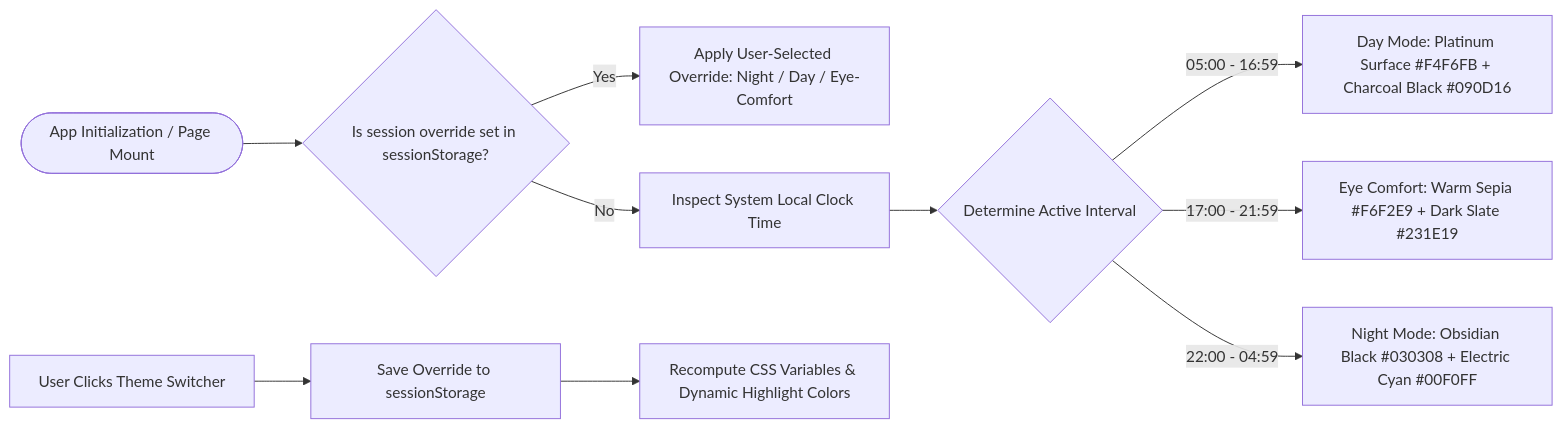
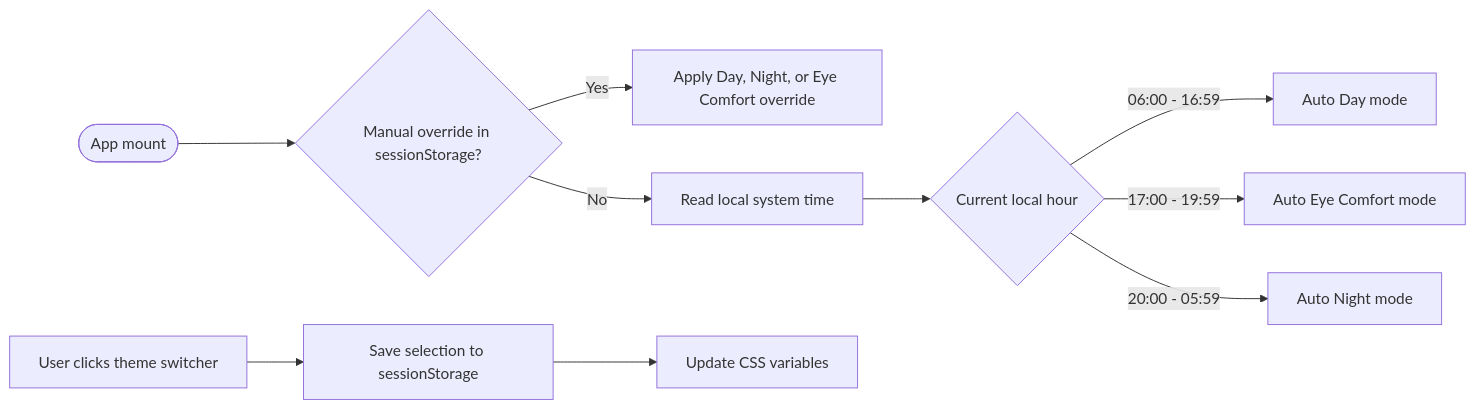
Before and after one commit to mauryasomkumar-pixel/somotoz: the third of 7 diagrams in README.md, drawn with Mermaid. The commit also changed other lines of this file and 12 other files, not shown here.

````diff
--- a/README.md
+++ b/README.md
@@ -149,15 +144,15 @@
 ```mermaid
 flowchart LR
-    Init([App Initialization / Page Mount]) --> CheckSession{Is session override set in sessionStorage?}
-    
-    CheckSession -- Yes --> ApplyManual[Apply User-Selected Override: Night / Day / Eye-Comfort]
-    CheckSession -- No --> ReadClock[Inspect System Local Clock Time]
-    
-    ReadClock --> TimeDecision{Determine Active Interval}
-    TimeDecision -- 05:00 - 16:59 --> DayTheme[Day Mode: Platinum Surface #F4F6FB + Charcoal Black #090D16]
-    TimeDecision -- 17:00 - 21:59 --> EyeComfort[Eye Comfort: Warm Sepia #F6F2E9 + Dark Slate #231E19]
-    TimeDecision -- 22:00 - 04:59 --> NightTheme[Night Mode: Obsidian Black #030308 + Electric Cyan #00F0FF]
+    Init([App mount]) --> CheckSession{Manual override in sessionStorage?}
 
-    UserClick[User Clicks Theme Switcher] --> SaveSession[Save Override to sessionStorage]
-    SaveSession --> ActiveState[Recompute CSS Variables & Dynamic Highlight Colors]
+    CheckSession -- Yes --> ApplyManual[Apply Day, Night, or Eye Comfort override]
+    CheckSession -- No --> ReadClock[Read local system time]
+
+    ReadClock --> TimeDecision{Current local hour}
+    TimeDecision -- 06:00 - 16:59 --> DayTheme[Auto Day mode]
+    TimeDecision -- 17:00 - 19:59 --> EyeComfort[Auto Eye Comfort mode]
+    TimeDecision -- 20:00 - 05:59 --> NightTheme[Auto Night mode]
+
+    UserClick[User clicks theme switcher] --> SaveSession[Save selection to sessionStorage]
+    SaveSession --> ActiveState[Update CSS variables]
 ```
````
